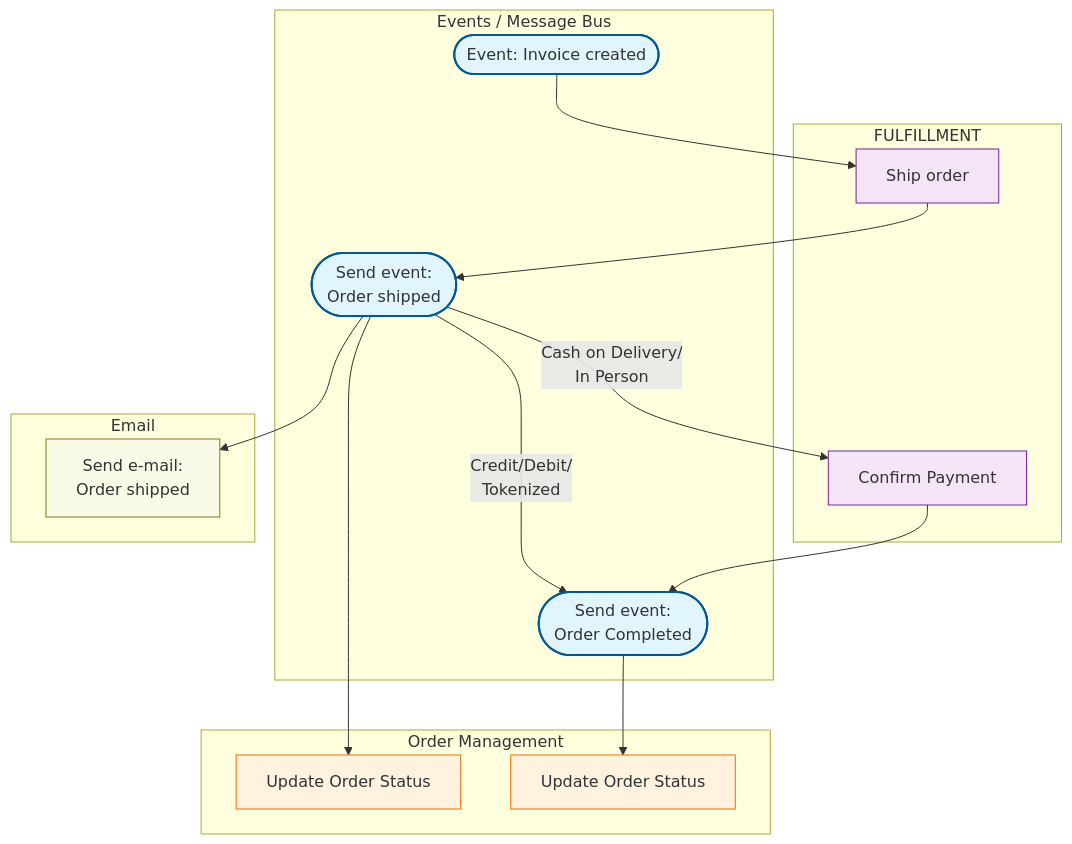
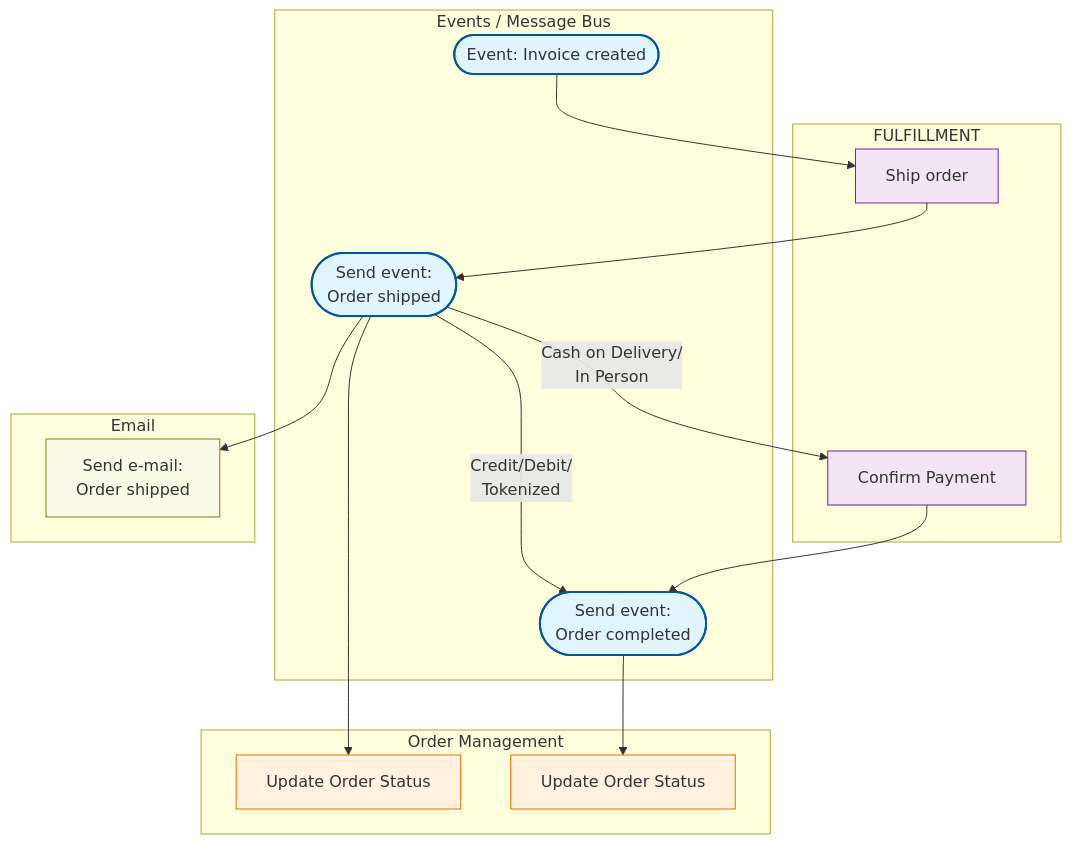
The fourth of 4 diagrams in README.md (RobertoFreireDev/Order-Management), drawn with Mermaid before and after one commit. The commit also changed other lines of this file, not shown here.

````diff
--- a/README.md
+++ b/README.md
@@ -154,46 +154,46 @@
 ```mermaid
 flowchart TD
     %% Subgraph Styling
     classDef event fill:#e1f5fe,stroke:#01579b,stroke-width:2px;
     classDef order fill:#fff3e0,stroke:#ef6c00,stroke-width:1px;
     classDef fulfill fill:#f3e5f5,stroke:#7b1fa2,stroke-width:1px;
     classDef note fill:#f9fbe7,stroke:#827717,stroke-width:1px;
 
     subgraph Fulfillment [FULFILLMENT]
         U[Ship order]
         Q[Confirm Payment]
     end
 
     subgraph Events [Events / Message Bus]
         S([Event: Invoice created])
         P([Send event:<br/>Order shipped])
-        W([Send event:<br/>Order Completed])
+        W([Send event:<br/>Order completed])
     end
 
     subgraph Order_Management [Order Management]
         N[Update Order Status]
         R[Update Order Status]
     end
 
     subgraph Email [Email]
         O[Send e-mail:<br/> Order shipped]
     end
 
     %% Shipping Flow
     S --> U
     U --> P
     
     %% Final Updates
     P --> O
     P --> N
     P --> |"Cash on Delivery/<br/>In Person"| Q
     P --> |"Credit/Debit/<br/>Tokenized"| W
     Q --> W
     W --> R
 
     %% Class Assignments
     class S,P,W event;
     class U,Q fulfill
     class N,R order;
     class O note;
 ```
````
